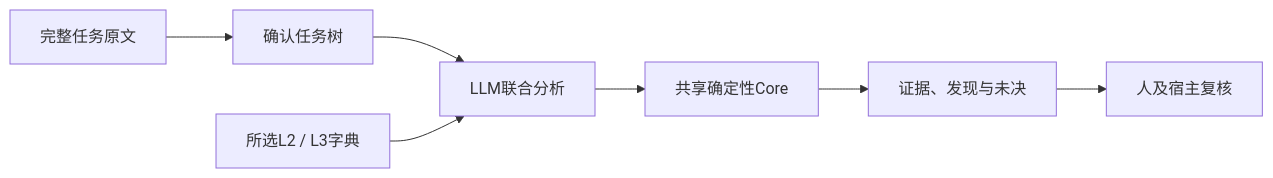
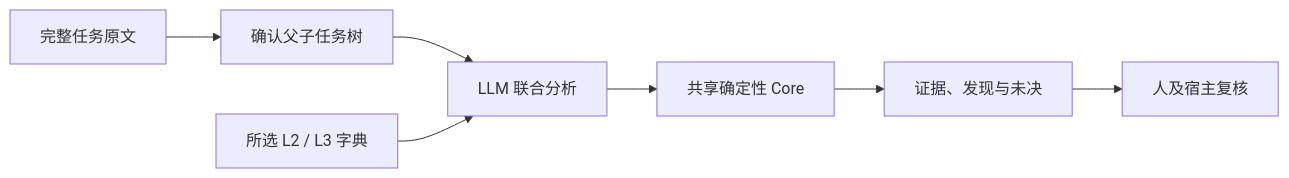
Before and after one commit to joinwell52-AI/BoundaryXP: the diagram in README.zh-CN.md, drawn with Mermaid. The commit also changed other lines of this file and 3 other files, not shown here.

````diff
--- a/README.zh-CN.md
+++ b/README.zh-CN.md
@@ -92,9 +77,9 @@
 ```mermaid
 flowchart LR
-  A[完整任务原文] --> B[确认任务树]
-  B --> C[LLM联合分析]
-  D[所选L2 / L3字典] --> C
-  C --> E[共享确定性Core]
-  E --> F[证据、发现与未决]
-  F --> G[人及宿主复核]
+  A["完整任务原文"] --> B["确认父子任务树"]
+  B --> C["LLM 联合分析"]
+  D["所选 L2 / L3 字典"] --> C
+  C --> E["共享确定性 Core"]
+  E --> F["证据、发现与未决"]
+  F --> G["人及宿主复核"]
 ```
````
